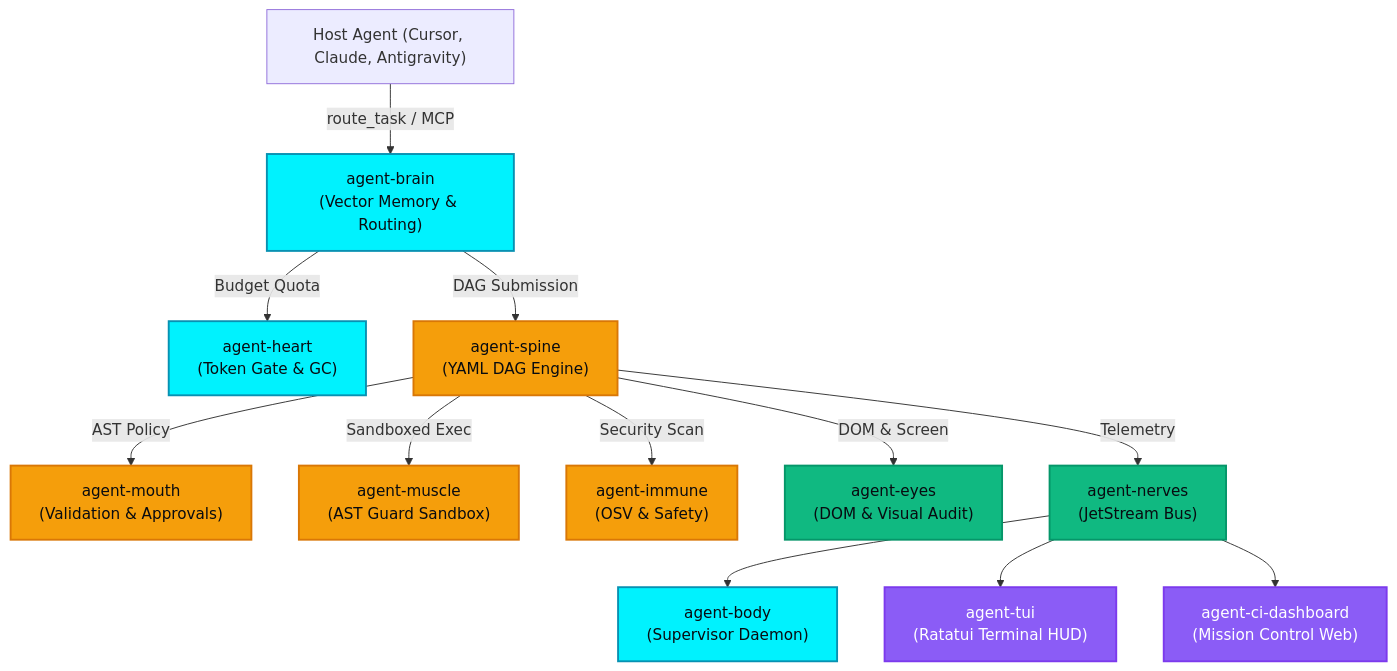
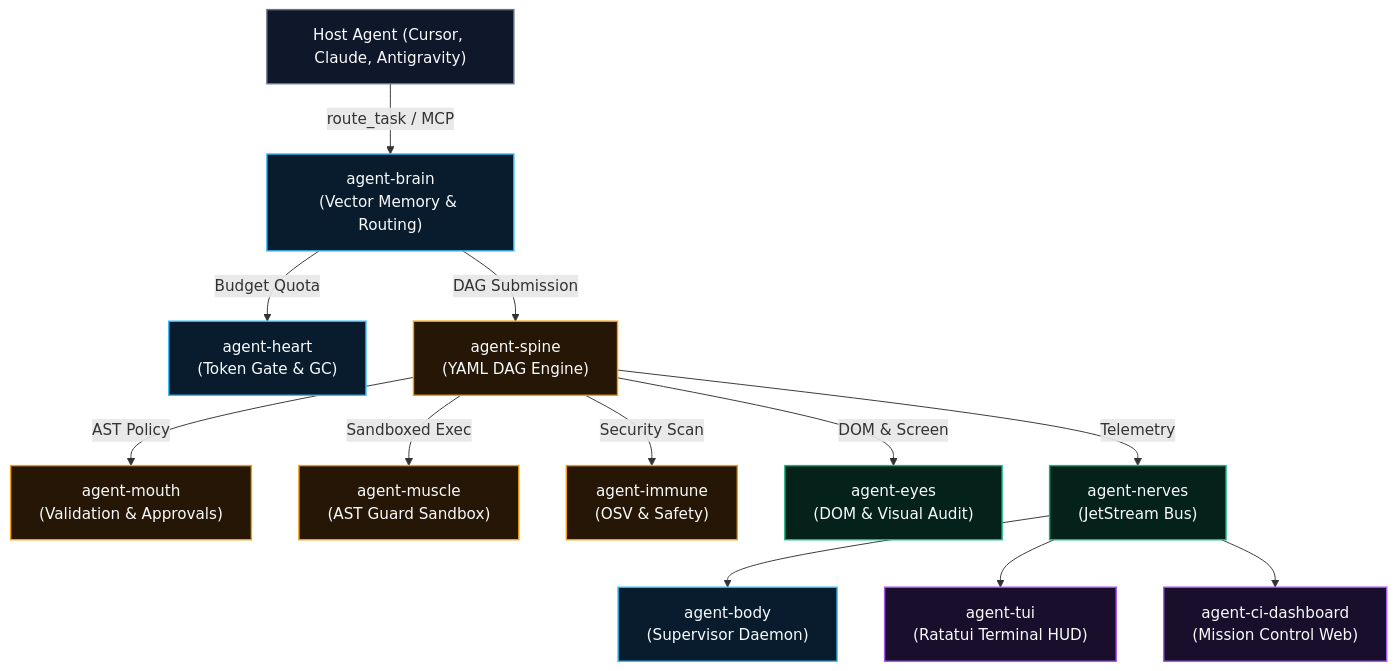
One commit to autonomic-ai-dev/website changed the diagram in src/routes/docs/architecture/+page.md. Above: the diagram before and after it, drawn with Mermaid. The commit also changed 13 other files, not shown here.

Commit message:
fix(docs): aerospace dark cybernetic palette for Mermaid charts and high-contrast labels

````diff
--- a/src/routes/docs/architecture/+page.md
+++ b/src/routes/docs/architecture/+page.md
@@ -9,24 +9,26 @@
 ```mermaid
 flowchart TD
     User["Host Agent (Cursor, Claude, Antigravity)"] -->|route_task / MCP| Brain["agent-brain\n(Vector Memory & Routing)"]
     Brain -->|Budget Quota| Heart["agent-heart\n(Token Gate & GC)"]
     Brain -->|DAG Submission| Spine["agent-spine\n(YAML DAG Engine)"]
     Spine -->|AST Policy| Mouth["agent-mouth\n(Validation & Approvals)"]
     Spine -->|Sandboxed Exec| Muscle["agent-muscle\n(AST Guard Sandbox)"]
     Spine -->|Security Scan| Immune["agent-immune\n(OSV & Safety)"]
     Spine -->|DOM & Screen| Eyes["agent-eyes\n(DOM & Visual Audit)"]
     Spine -->|Telemetry| Nerves["agent-nerves\n(JetStream Bus)"]
     Nerves --> Body["agent-body\n(Supervisor Daemon)"]
     Nerves --> TUI["agent-tui\n(Ratatui Terminal HUD)"]
     Nerves --> CIDash["agent-ci-dashboard\n(Mission Control Web)"]
 
-    classDef core fill:#00f2fe,stroke:#0891b2,stroke-width:2px,color:#080b10;
-    classDef execution fill:#f59e0b,stroke:#d97706,stroke-width:2px,color:#080b10;
-    classDef sensory fill:#10b981,stroke:#059669,stroke-width:2px,color:#080b10;
-    classDef interface fill:#8b5cf6,stroke:#7c3aed,stroke-width:2px,color:#ffffff;
+    classDef host fill:#0f172a,stroke:#64748b,stroke-width:1.5px,color:#f8fafc;
+    classDef core fill:#081c2e,stroke:#38bdf8,stroke-width:1.5px,color:#f8fafc;
+    classDef execution fill:#261606,stroke:#f59e0b,stroke-width:1.5px,color:#f8fafc;
+    classDef sensory fill:#04211a,stroke:#10b981,stroke-width:1.5px,color:#f8fafc;
+    classDef interface fill:#190e2b,stroke:#a855f7,stroke-width:1.5px,color:#f8fafc;
 
+    class User host;
     class Brain,Heart,Body core;
     class Spine,Muscle,Mouth,Immune execution;
     class Nerves,Eyes sensory;
     class TUI,CIDash interface;
 ```
````
